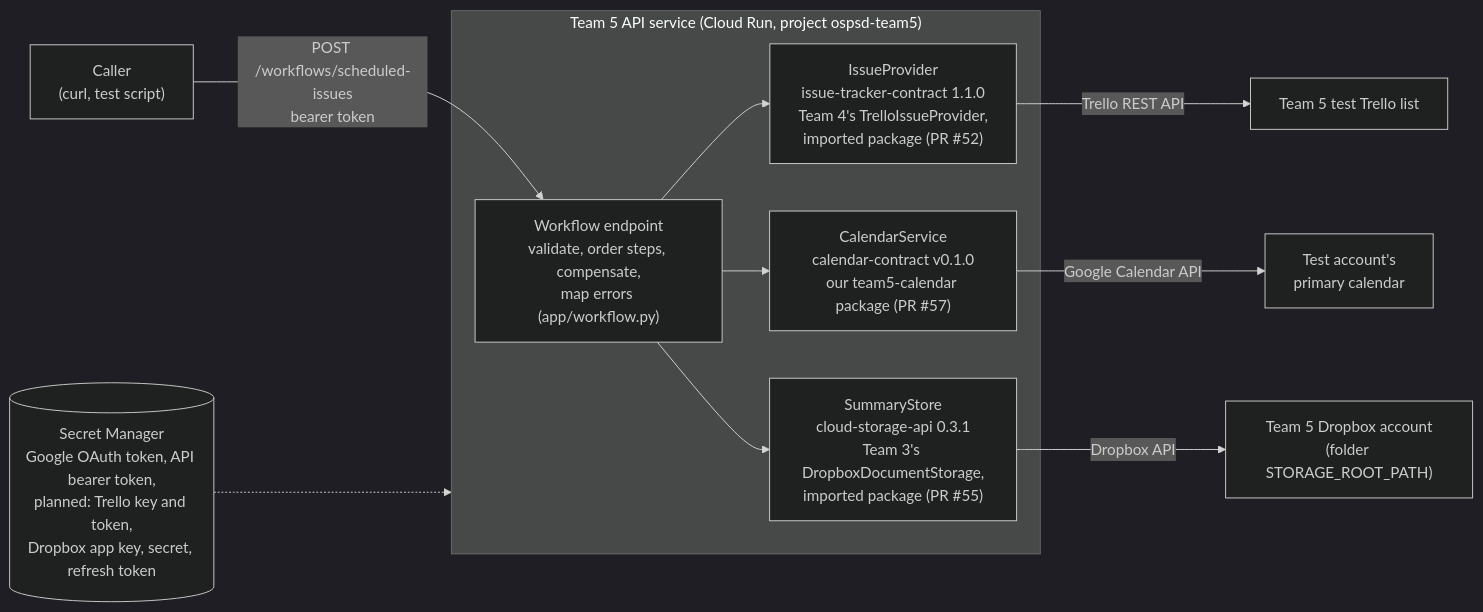
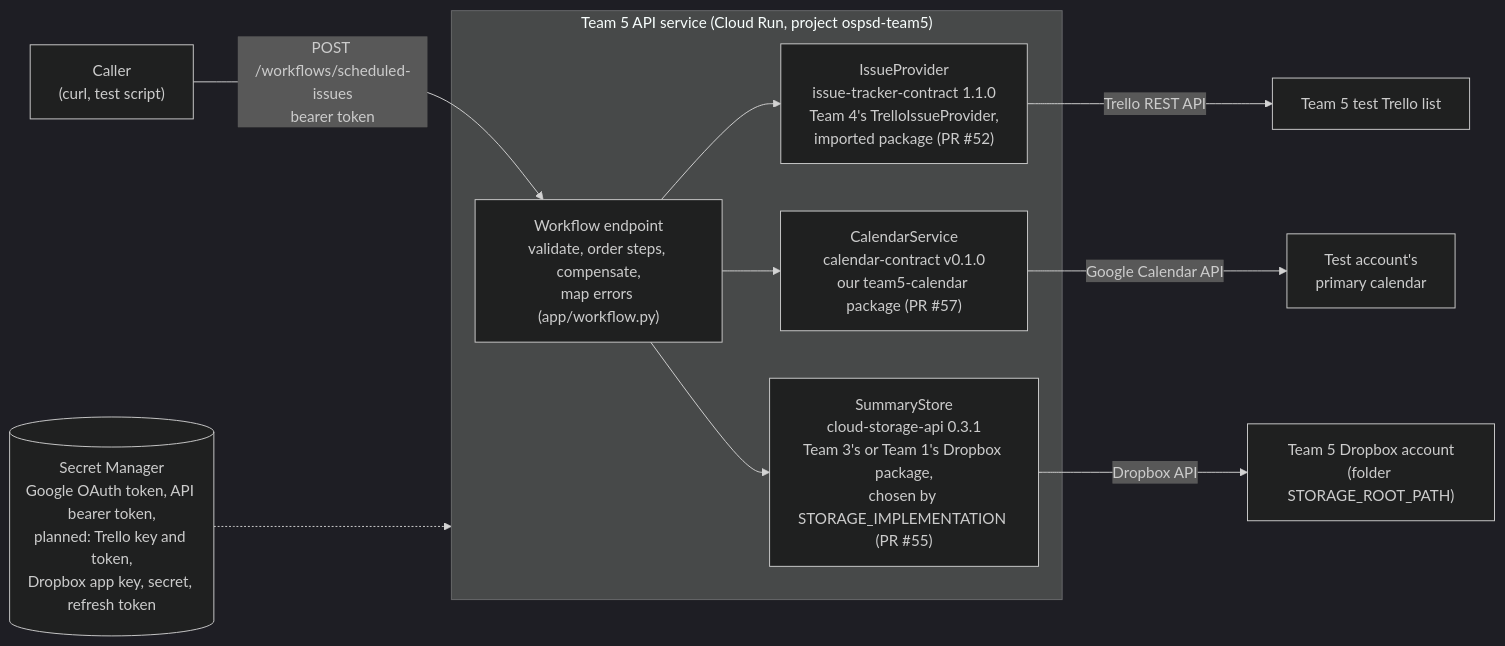
The diagram in DESIGN.md (juno-junhyuk-lee/OSPSD-Team-5), drawn with Mermaid (dark theme) before and after one commit. The commit also changed other lines of this file, not shown here.

Commit message:
docs: update HW3 `DESIGN.md` for merged #55 storage selector, Team 1 swap and #59 validation fix

````diff
--- a/DESIGN.md
+++ b/DESIGN.md
@@ -26,14 +26,14 @@
 ```mermaid
 flowchart LR
     caller["Caller<br/>(curl, test script)"] -- "POST /workflows/scheduled-issues<br/>bearer token" --> api
     subgraph run["Team 5 API service (Cloud Run, project ospsd-team5)"]
         api["Workflow endpoint<br/>validate, order steps, compensate,<br/>map errors (app/workflow.py)"]
         api --> ip["IssueProvider<br/>issue-tracker-contract 1.1.0<br/>Team 4's TrelloIssueProvider,<br/>imported package (PR #52)"]
         api --> cs["CalendarService<br/>calendar-contract v0.1.0<br/>our team5-calendar package (PR #57)"]
-        api --> ss["SummaryStore<br/>cloud-storage-api 0.3.1<br/>Team 3's DropboxDocumentStorage,<br/>imported package (PR #55)"]
+        api --> ss["SummaryStore<br/>cloud-storage-api 0.3.1<br/>Team 3's or Team 1's Dropbox package,<br/>chosen by STORAGE_IMPLEMENTATION (PR #55)"]
     end
     ip -- "Trello REST API" --> tr["Team 5 test Trello list"]
     cs -- "Google Calendar API" --> gc["Test account's<br/>primary calendar"]
     ss -- "Dropbox API" --> db["Team 5 Dropbox account<br/>(folder STORAGE_ROOT_PATH)"]
     sm[("Secret Manager<br/>Google OAuth token, API bearer token,<br/>planned: Trello key and token,<br/>Dropbox app key, secret, refresh token")] -.-> run
 ```
````
